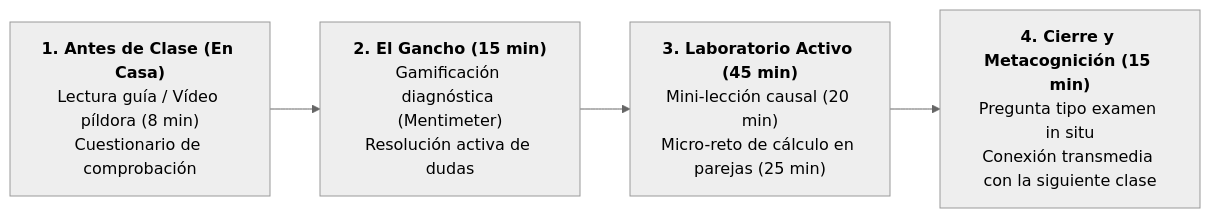
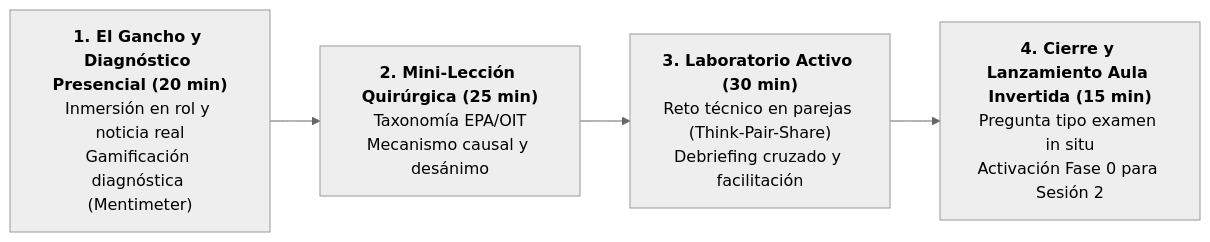
Before and after one commit to mhidper/PSSLL2627: the diagram in cronograma/guion_sesion_1409_lunes.md, drawn with Mermaid (neutral theme). The commit also changed other lines of this file and 1 other file, not shown here.

Commit message:
refactor(guiones): aplicar 6 ajustes metodologicos a sesiones 1 y 2 (logistica dia 1, coherencia apuntes, bloques tematicos, rubricas de examen, gamificacion persistente y preguntas socraticas opcionales)

````diff
--- a/cronograma/guion_sesion_1409_lunes.md
+++ b/cronograma/guion_sesion_1409_lunes.md
@@ -49,6 +52,6 @@
 ```mermaid
 flowchart LR
-    A["<b>1. Antes de Clase (En Casa)</b><br>Lectura guía / Vídeo píldora (8 min)<br>Cuestionario de comprobación"] --> B["<b>2. El Gancho (15 min)</b><br>Gamificación diagnóstica (Mentimeter)<br>Resolución activa de dudas"]
-    B --> C["<b>3. Laboratorio Activo (45 min)</b><br>Mini-lección causal (20 min)<br>Micro-reto de cálculo en parejas (25 min)"]
-    C --> D["<b>4. Cierre y Metacognición (15 min)</b><br>Pregunta tipo examen in situ<br>Conexión transmedia con la siguiente clase"]
+    A["<b>1. El Gancho y Diagnóstico Presencial (20 min)</b><br>Inmersión en rol y noticia real<br>Gamificación diagnóstica (Mentimeter)"] --> B["<b>2. Mini-Lección Quirúrgica (25 min)</b><br>Taxonomía EPA/OIT<br>Mecanismo causal y desánimo"]
+    B --> C["<b>3. Laboratorio Activo (30 min)</b><br>Reto técnico en parejas (Think-Pair-Share)<br>Debriefing cruzado y facilitación"]
+    C --> D["<b>4. Cierre y Lanzamiento Aula Invertida (15 min)</b><br>Pregunta tipo examen in situ<br>Activación Fase 0 para Sesión 2"]
 ```
````
